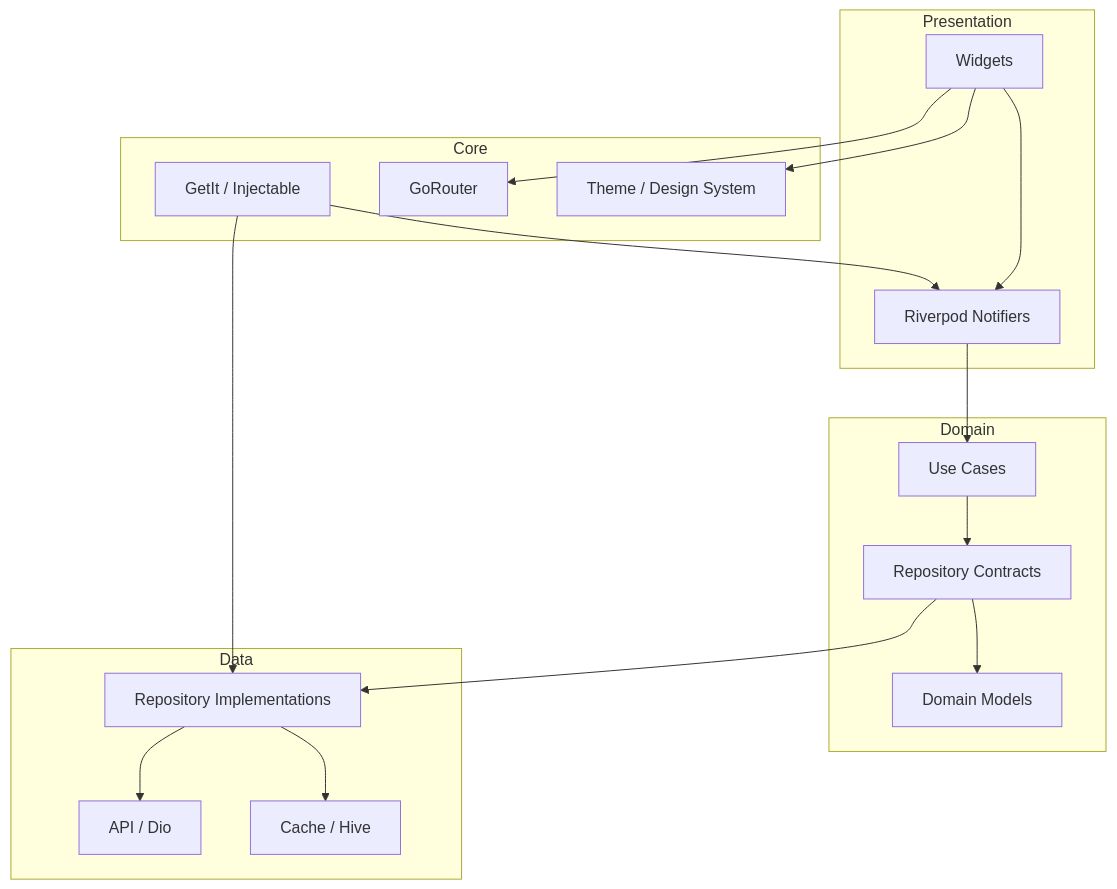
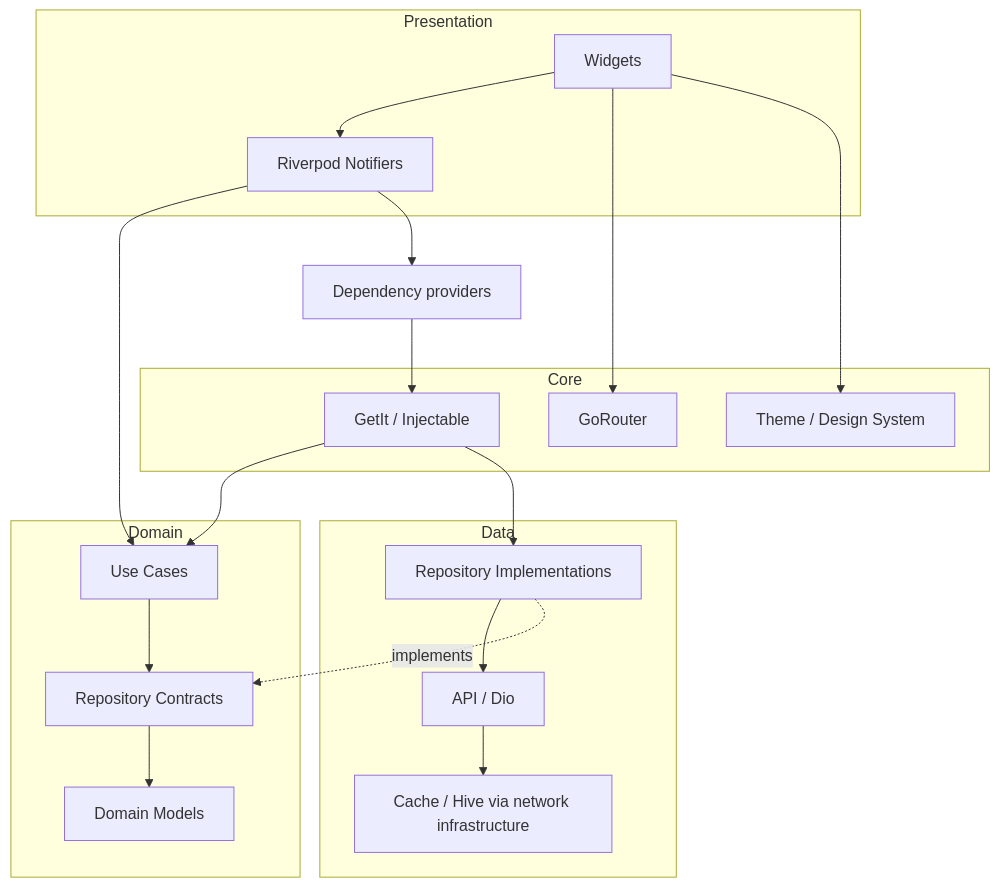
Before and after one commit to hvthang-17/seemate-ai: the diagram in README.md, drawn with Mermaid. The commit also changed other lines of this file and 9 other files, not shown here.

Commit message:
docs: update specs and roadmap

````diff
--- a/README.md
+++ b/README.md
@@ -36,29 +56,31 @@
 ```mermaid
 graph TD
     subgraph Presentation
         W[Widgets] --> VM[Riverpod Notifiers]
     end
 
     subgraph Domain
         VM --> U[Use Cases]
         U --> R[Repository Contracts]
         R --> M[Domain Models]
     end
 
     subgraph Data
         RI[Repository Implementations] --> A[API / Dio]
-        RI --> C[Cache / Hive]
+        A --> C[Cache / Hive via network infrastructure]
     end
 
     subgraph Core
         DI[GetIt / Injectable]
         RO[GoRouter]
         DS[Theme / Design System]
     end
 
-    R --> RI
-    DI --> VM
+    RI -. implements .-> R
+    VM --> P[Dependency providers]
+    P --> DI
+    DI --> U
     DI --> RI
     W --> RO
     W --> DS
 ```
````
